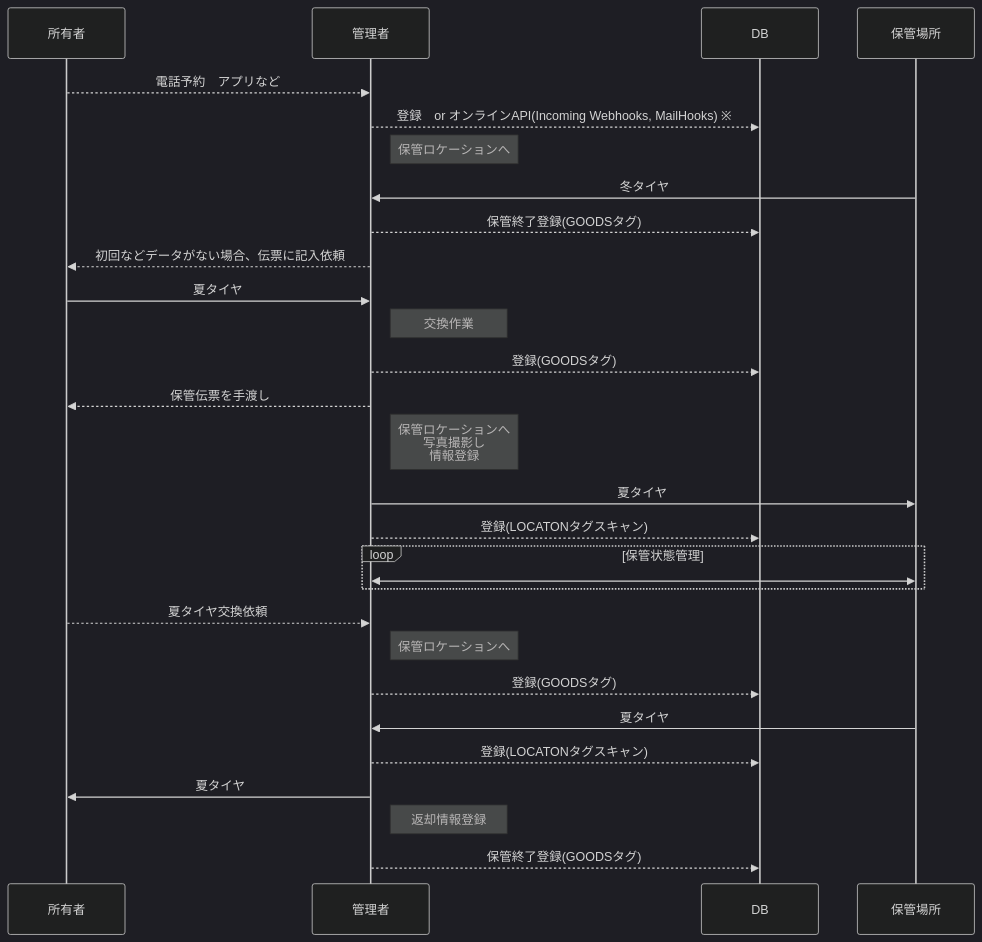
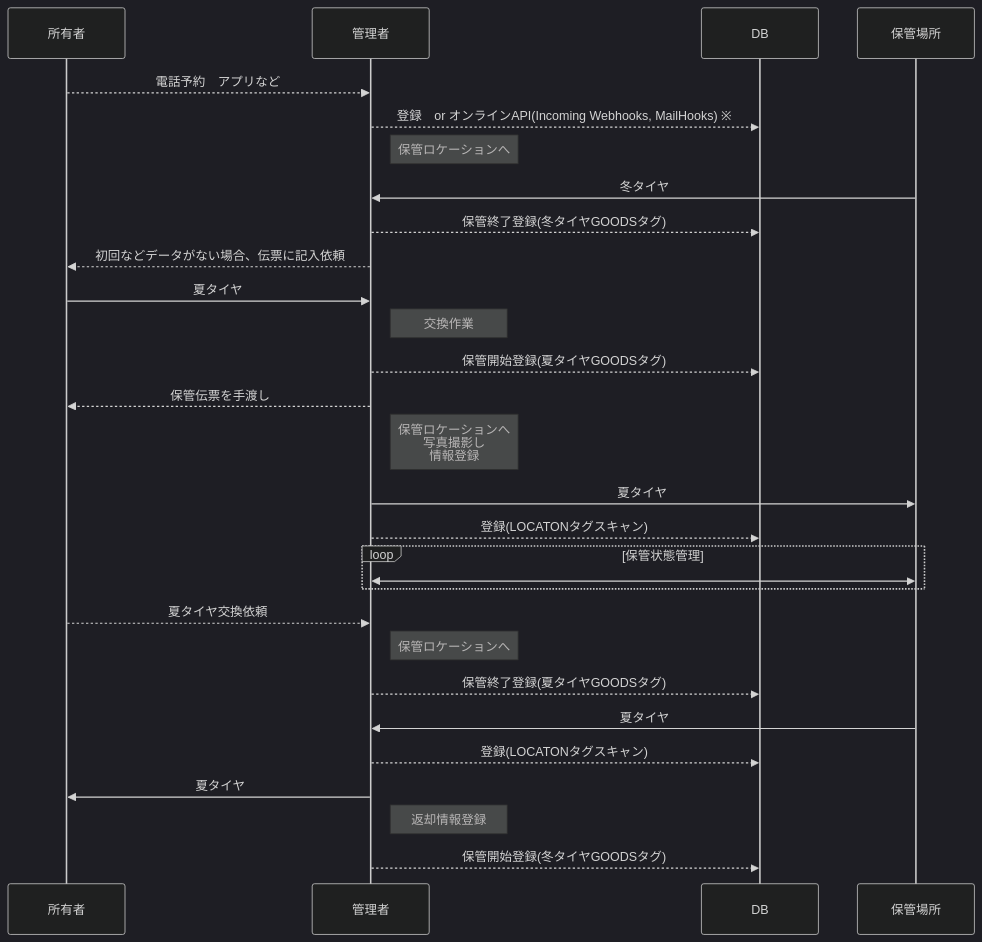
One commit to piot-jp-Team/goods_storage changed the first of 2 diagrams in README.md. Above: the diagram before and after it, drawn with Mermaid (dark theme).

````diff
--- a/README.md
+++ b/README.md
@@ -11,30 +11,30 @@
 ```mermaid
 sequenceDiagram
     participant 所有者
     participant 管理者
     participant DB
     所有者-->>管理者: 電話予約　アプリなど
     管理者-->>DB: 登録　or オンラインAPI(Incoming Webhooks, MailHooks) ※
     Note right of 管理者: 保管ロケーションへ
     保管場所->>管理者: 冬タイヤ
-    管理者-->>DB: 保管終了登録(GOODSタグ)
+    管理者-->>DB: 保管終了登録(冬タイヤGOODSタグ)
     管理者-->>所有者: 初回などデータがない場合、伝票に記入依頼
     所有者->>管理者: 夏タイヤ
     Note right of 管理者: 交換作業
-    管理者-->>DB: 登録(GOODSタグ)
+    管理者-->>DB: 保管開始登録(夏タイヤGOODSタグ)
     管理者-->>所有者: 保管伝票を手渡し
     Note right of 管理者: 保管ロケーションへ <br/>写真撮影し <br/>情報登録
     管理者->>保管場所: 夏タイヤ
     管理者-->>DB: 登録(LOCATONタグスキャン)
     loop 保管状態管理
         管理者<<->>保管場所: 
     end
     所有者-->>管理者: 夏タイヤ交換依頼
     Note right of 管理者: 保管ロケーションへ
-    管理者-->>DB: 登録(GOODSタグ)
+    管理者-->>DB: 保管終了登録(夏タイヤGOODSタグ)
     保管場所->>管理者: 夏タイヤ
     管理者-->>DB: 登録(LOCATONタグスキャン)
     管理者->>所有者: 夏タイヤ
     Note right of 管理者: 返却情報登録
-    管理者-->>DB: 保管終了登録(GOODSタグ)
+    管理者-->>DB: 保管開始登録(冬タイヤGOODSタグ)
 ```
````
